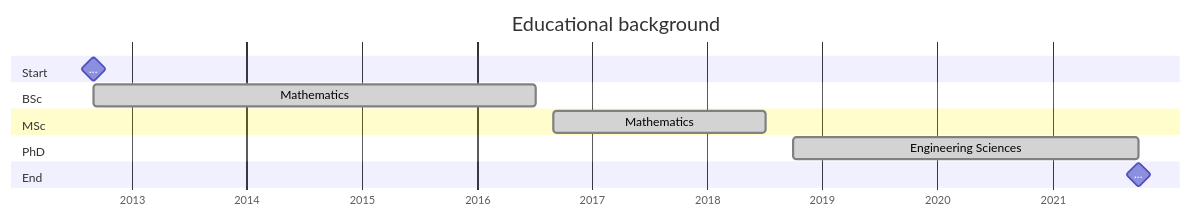
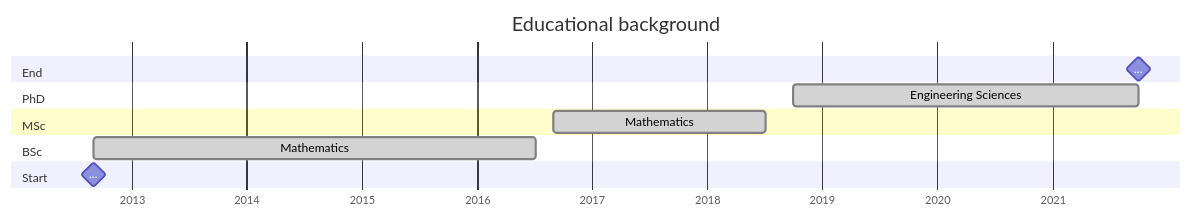
The diagram in _tabs/education.md (olcruzgonzalez/olcruzgonzalez.github.io), drawn with Mermaid before and after one commit. The commit also changed other lines of this file and 18 other files, not shown here.

````diff
--- a/_tabs/education.md
+++ b/_tabs/education.md
@@ -36,16 +34,16 @@
 ```mermaid
   gantt
     title  Educational background
     dateFormat  YYYY-MM-DD
     axisFormat %Y
+  section End
+    ... :milestone, aa, 2021-10-01, 2021-10-01
+  section PhD
+    Engineering Sciences :done, c, 2018-10-01, 2021-09-30
+  section MSc
+    Mathematics :done, b, 2016-09-01, 2018-07-06
+  section BSc
+    Mathematics :done, a, 2012-09-01, 2016-07-04
   section Start
     ... :milestone, aa, 2012-09-01, 2012-09-01
-  section BSc
-    Mathematics :done, a, 2012-09-01, 2016-07-04
-  section MSc
-    Mathematics :done, b, 2016-09-01, 2018-07-06
-  section PhD
-    Engineering Sciences :done, c, 2018-10-01, 2021-09-30
-  section End
-    ... :milestone, aa, 2021-10-01, 2021-10-01
 ```
````
